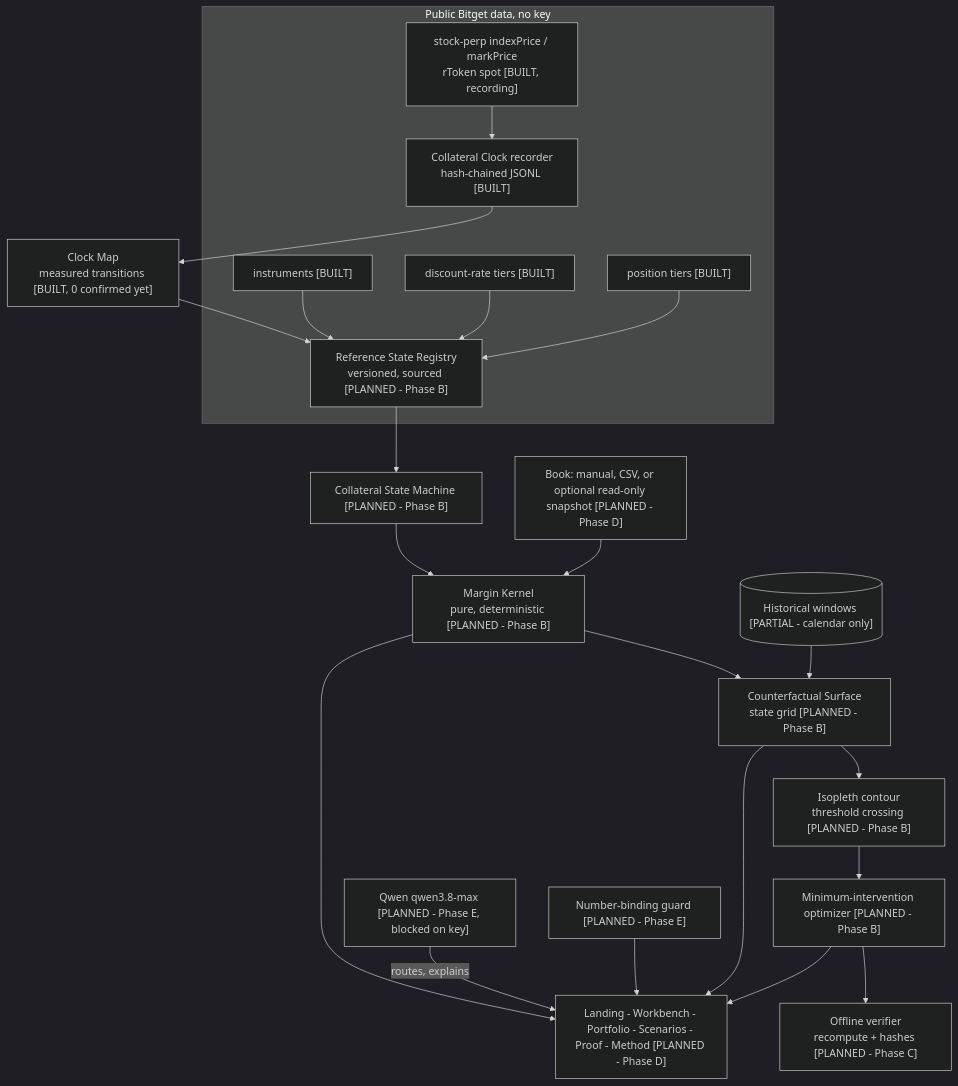
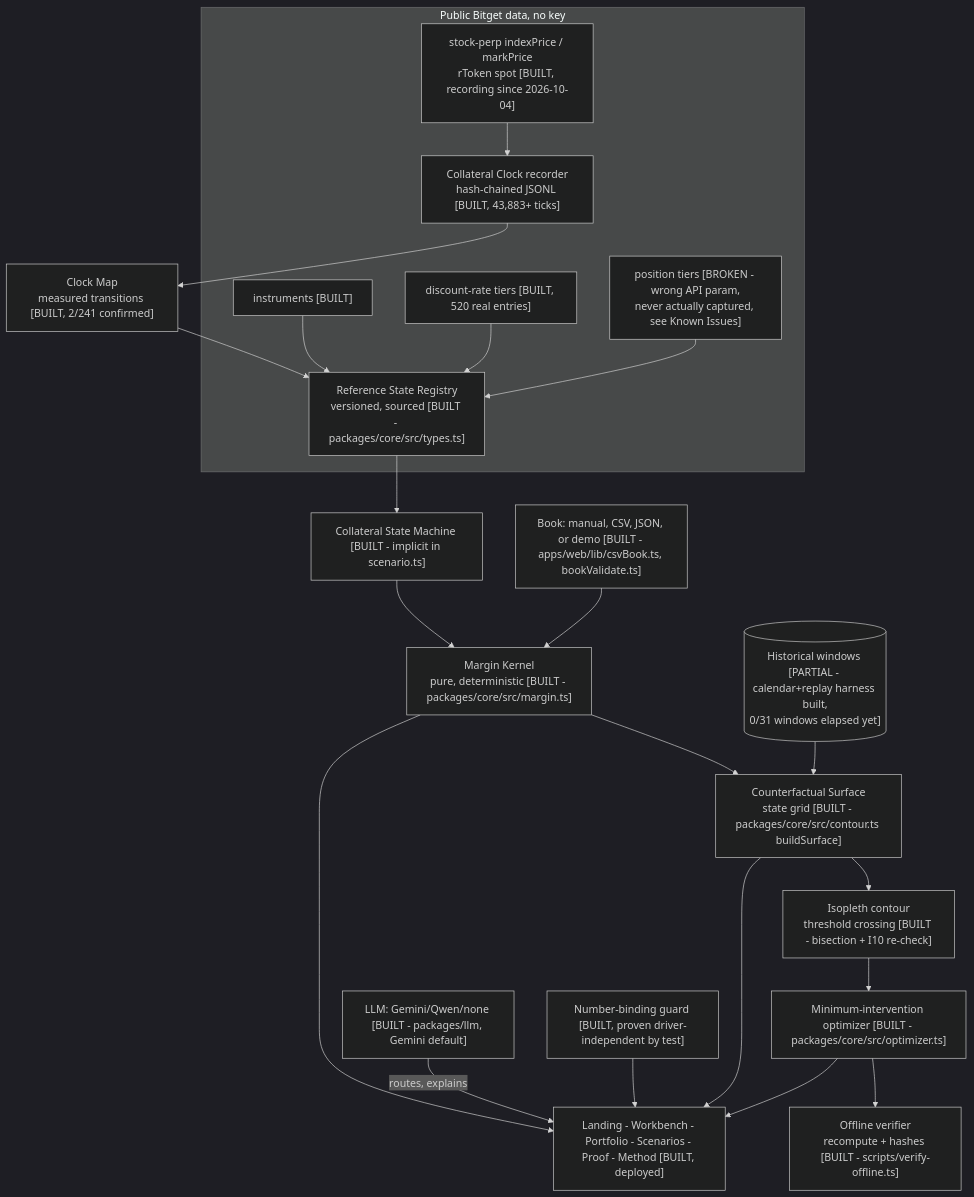
Before and after one commit to 0xkinno/isopleth: the diagram in ARCHITECTURE.md, drawn with Mermaid (dark theme). The commit also changed other lines of this file and 251 other files, not shown here.

````diff
--- a/ARCHITECTURE.md
+++ b/ARCHITECTURE.md
@@ -7,23 +9,23 @@
 ```mermaid
 flowchart TD
   subgraph Public["Public Bitget data, no key"]
     I["instruments [BUILT]"] --> REG
-    D["discount-rate tiers [BUILT]"] --> REG
-    PT["position tiers [BUILT]"] --> REG
-    TK["stock-perp indexPrice / markPrice<br/>rToken spot [BUILT, recording]"] --> CLK
+    D["discount-rate tiers [BUILT, 520 real entries]"] --> REG
+    PT["position tiers [BROKEN - wrong API param,<br/>never actually captured, see Known Issues]"] --> REG
+    TK["stock-perp indexPrice / markPrice<br/>rToken spot [BUILT, recording since 2026-10-04]"] --> CLK
   end
-  CLK["Collateral Clock recorder<br/>hash-chained JSONL [BUILT]"] --> MAP["Clock Map<br/>measured transitions [BUILT, 0 confirmed yet]"]
-  MAP --> REG["Reference State Registry<br/>versioned, sourced [PLANNED - Phase B]"]
-  REG --> CSM["Collateral State Machine [PLANNED - Phase B]"]
-  CSM --> K["Margin Kernel<br/>pure, deterministic [PLANNED - Phase B]"]
-  BK["Book: manual, CSV, or optional read-only snapshot [PLANNED - Phase D]"] --> K
-  K --> SURF["Counterfactual Surface<br/>state grid [PLANNED - Phase B]"]
-  SURF --> CONT["Isopleth contour<br/>threshold crossing [PLANNED - Phase B]"]
-  CONT --> OPT["Minimum-intervention optimizer [PLANNED - Phase B]"]
-  HIST[("Historical windows [PARTIAL - calendar only]")] --> SURF
-  OPT --> VER["Offline verifier<br/>recompute + hashes [PLANNED - Phase C]"]
-  Q["Qwen qwen3.8-max [PLANNED - Phase E, blocked on key]"] -->|routes, explains| LUI
+  CLK["Collateral Clock recorder<br/>hash-chained JSONL [BUILT, 43,883+ ticks]"] --> MAP["Clock Map<br/>measured transitions [BUILT, 2/241 confirmed]"]
+  MAP --> REG["Reference State Registry<br/>versioned, sourced [BUILT - packages/core/src/types.ts]"]
+  REG --> CSM["Collateral State Machine [BUILT - implicit in scenario.ts]"]
+  CSM --> K["Margin Kernel<br/>pure, deterministic [BUILT - packages/core/src/margin.ts]"]
+  BK["Book: manual, CSV, JSON, or demo [BUILT - apps/web/lib/csvBook.ts, bookValidate.ts]"] --> K
+  K --> SURF["Counterfactual Surface<br/>state grid [BUILT - packages/core/src/contour.ts buildSurface]"]
+  SURF --> CONT["Isopleth contour<br/>threshold crossing [BUILT - bisection + I10 re-check]"]
+  CONT --> OPT["Minimum-intervention optimizer [BUILT - packages/core/src/optimizer.ts]"]
+  HIST[("Historical windows [PARTIAL - calendar+replay harness built,<br/>0/31 windows elapsed yet]")] --> SURF
+  OPT --> VER["Offline verifier<br/>recompute + hashes [BUILT - scripts/verify-offline.ts]"]
+  Q["LLM: Gemini/Qwen/none [BUILT - packages/llm, Gemini default]"] -->|routes, explains| LUI
   K --> LUI; SURF --> LUI; OPT --> LUI
-  NB["Number-binding guard [PLANNED - Phase E]"] --> LUI
-  LUI["Landing - Workbench - Portfolio - Scenarios - Proof - Method [PLANNED - Phase D]"]
+  NB["Number-binding guard [BUILT, proven driver-independent by test]"] --> LUI
+  LUI["Landing - Workbench - Portfolio - Scenarios - Proof - Method [BUILT, deployed]"]
 ```
````
